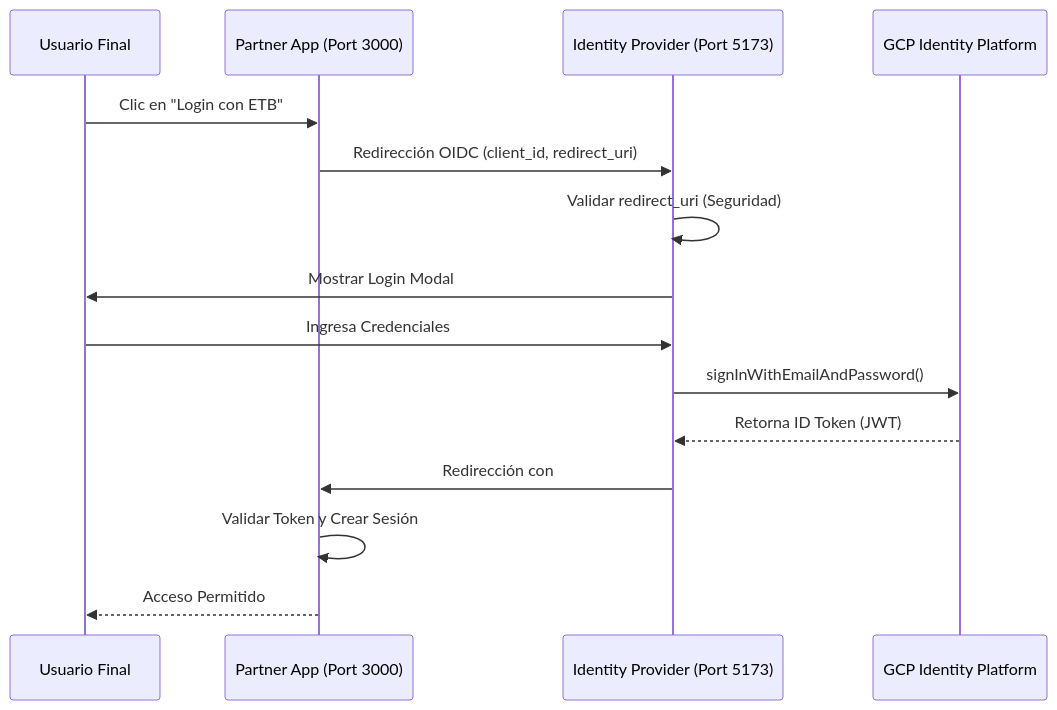
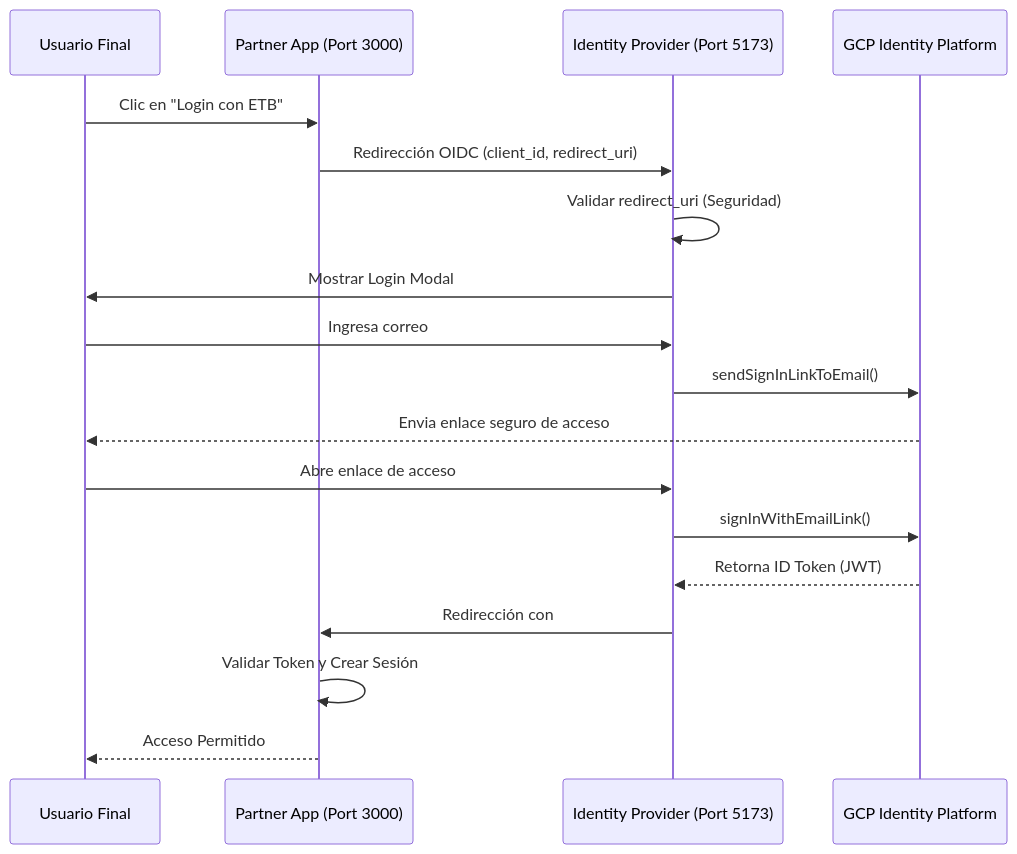
One commit to caguanet/Acelerador-para-Cliente-OIDC-GCP-Idp changed the third of 7 diagrams in docs/architecture/TECH_README.md. Above: the diagram before and after it, drawn with Mermaid. The commit also changed other lines of this file and 189 other files, not shown here.

````diff
--- a/docs/architecture/TECH_README.md
+++ b/docs/architecture/TECH_README.md
@@ -72,18 +103,21 @@
 ```mermaid
 sequenceDiagram
     participant User as Usuario Final
     participant Client as Partner App (Port 3000)
     participant IdP as Identity Provider (Port 5173)
     participant Firebase as GCP Identity Platform
 
     User->>Client: Clic en "Login con ETB"
     Client->>IdP: Redirección OIDC (client_id, redirect_uri)
     IdP->>IdP: Validar redirect_uri (Seguridad)
     IdP->>User: Mostrar Login Modal
-    User->>IdP: Ingresa Credenciales
-    IdP->>Firebase: signInWithEmailAndPassword()
+    User->>IdP: Ingresa correo
+    IdP->>Firebase: sendSignInLinkToEmail()
+    Firebase-->>User: Envia enlace seguro de acceso
+    User->>IdP: Abre enlace de acceso
+    IdP->>Firebase: signInWithEmailLink()
     Firebase-->>IdP: Retorna ID Token (JWT)
     IdP->>Client: Redirección con #id_token=...
     Client->>Client: Validar Token y Crear Sesión
     Client-->>User: Acceso Permitido
 ```
````
